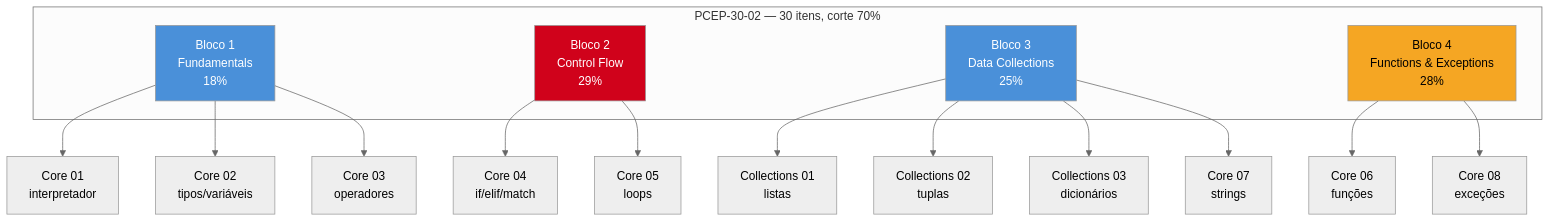
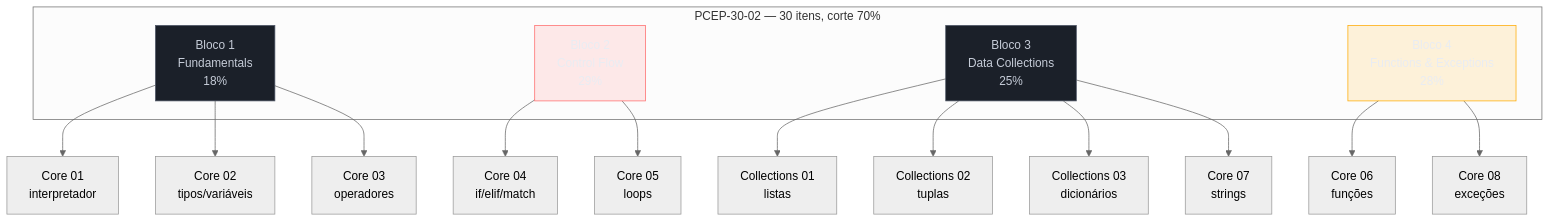
One commit to josenaldo/codex-technomanticus changed the diagram in 03-Dominios/Tecnologia/Python/Certificação (PCEP-PCAP)/02 - PCEP na prática — fundamentos, controle de fluxo e coleções.md. Above: the diagram before and after it, drawn with Mermaid (neutral theme). The commit also changed 1181 other files, not shown here.

First line of the commit message:
fix(diagramas): paleta do sistema no lugar de cor cravada no markdown

````diff
--- a/03-Dominios/Tecnologia/Python/Certificação (PCEP-PCAP)/02 - PCEP na prática — fundamentos, controle de fluxo e coleções.md
+++ b/03-Dominios/Tecnologia/Python/Certificação (PCEP-PCAP)/02 - PCEP na prática — fundamentos, controle de fluxo e coleções.md
@@ -40,29 +40,32 @@
 ```mermaid
 flowchart TB
+    classDef falha fill:#FF6B6B24,stroke:#FF6B6B,color:#E9ECF2
+    classDef destaque fill:#FFAA0024,stroke:#FFAA00,color:#E9ECF2
+    classDef neutro fill:#1B2029,stroke:#4E5666,color:#C6CCD8
     subgraph PCEP["PCEP-30-02 — 30 itens, corte 70%"]
         B1["Bloco 1<br/>Fundamentals<br/>18%"]
         B2["Bloco 2<br/>Control Flow<br/>29%"]
         B3["Bloco 3<br/>Data Collections<br/>25%"]
         B4["Bloco 4<br/>Functions & Exceptions<br/>28%"]
     end
 
     B1 --> N01["Core 01<br/>interpretador"]
     B1 --> N02["Core 02<br/>tipos/variáveis"]
     B1 --> N03["Core 03<br/>operadores"]
 
     B2 --> N04["Core 04<br/>if/elif/match"]
     B2 --> N05["Core 05<br/>loops"]
 
     B3 --> C01["Collections 01<br/>listas"]
     B3 --> C02["Collections 02<br/>tuplas"]
     B3 --> C03["Collections 03<br/>dicionários"]
     B3 --> N07["Core 07<br/>strings"]
 
     B4 --> N06["Core 06<br/>funções"]
     B4 --> N08["Core 08<br/>exceções"]
 
-    style B2 fill:#D0021B,color:#fff
-    style B4 fill:#F5A623,color:#000
-    style B1 fill:#4A90D9,color:#fff
-    style B3 fill:#4A90D9,color:#fff
+    class B2 falha
+    class B4 destaque
+    class B1 neutro
+    class B3 neutro
 ```
````
